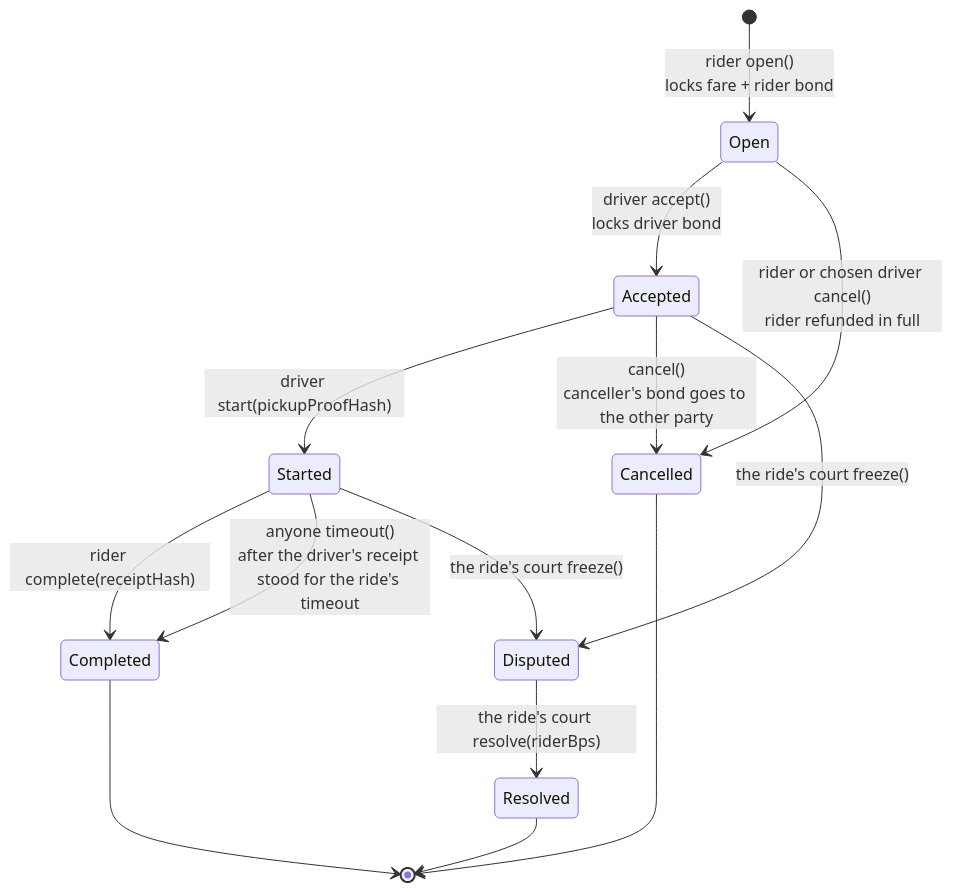
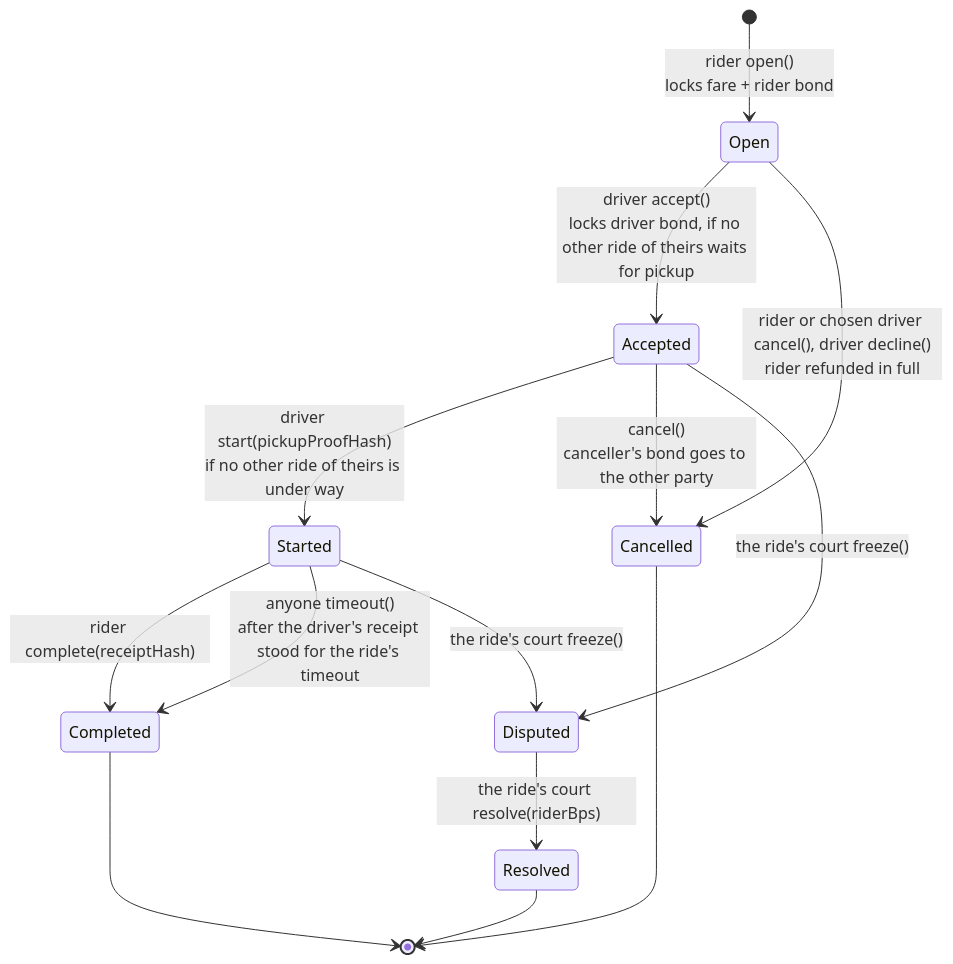
Before and after one commit to MuriloSchaefer/klippelgo: the second of 3 diagrams in contracts/docs/overview.md, drawn with Mermaid. The commit also changed other lines of this file and 83 other files, not shown here.

````diff
--- a/contracts/docs/overview.md
+++ b/contracts/docs/overview.md
@@ -88,16 +104,16 @@
 ```mermaid
 stateDiagram-v2
     [*] --> Open: rider open()<br/>locks fare + rider bond
-    Open --> Accepted: driver accept()<br/>locks driver bond
-    Open --> Cancelled: rider or chosen driver cancel()<br/>rider refunded in full
-    Accepted --> Started: driver start(pickupProofHash)
+    Open --> Accepted: driver accept()<br/>locks driver bond, if no other ride of theirs waits for pickup
+    Open --> Cancelled: rider or chosen driver cancel(), driver decline()<br/>rider refunded in full
+    Accepted --> Started: driver start(pickupProofHash)<br/>if no other ride of theirs is under way
     Accepted --> Cancelled: cancel()<br/>canceller's bond goes to the other party
     Started --> Completed: rider complete(receiptHash)
     Started --> Completed: anyone timeout()<br/>after the driver's receipt stood for the ride's timeout
     Accepted --> Disputed: the ride's court freeze()
     Started --> Disputed: the ride's court freeze()
     Disputed --> Resolved: the ride's court resolve(riderBps)
     Completed --> [*]
     Cancelled --> [*]
     Resolved --> [*]
 ```
````
